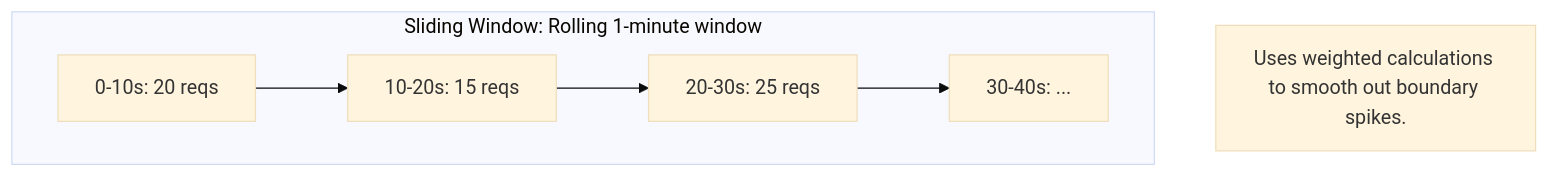
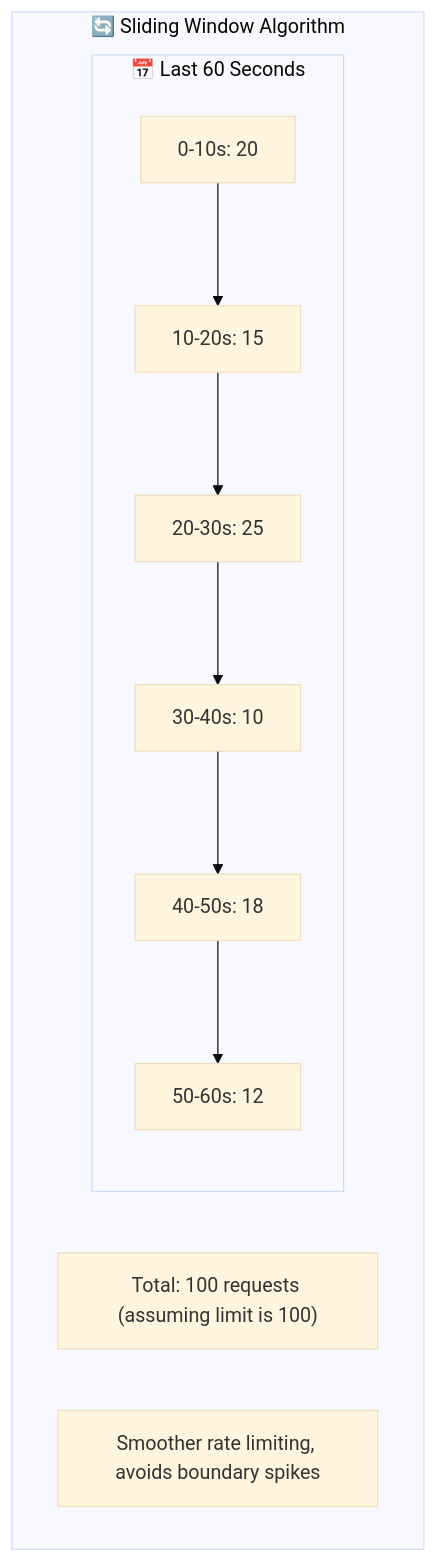
Before and after one commit to zhangshichuan/maxzhang.site: diagram 11 of 14 in articles/en/nodejs-security-guide.mdx, drawn with Mermaid (base theme). The commit also changed other lines of this file and 1 other file, not shown here.

````diff
--- a/articles/en/nodejs-security-guide.mdx
+++ b/articles/en/nodejs-security-guide.mdx
@@ -327,8 +1045,14 @@
 ```mermaid
 flowchart TD
-    subgraph SlidingWindow["Sliding Window: Rolling 1-minute window"]
-        T1["0-10s: 20 reqs"] --> T2["10-20s: 15 reqs"] --> T3["20-30s: 25 reqs"] --> T4["30-40s: ..."]
+    subgraph SlidingWindow["🔄 Sliding Window Algorithm"]
+        subgraph Timeline["📅 Last 60 Seconds"]
+            T1["0-10s: 20"] --> T2["10-20s: 15"]
+            T2 --> T3["20-30s: 25"]
+            T3 --> T4["30-40s: 10"]
+            T4 --> T5["40-50s: 18"]
+            T5 --> T6["50-60s: 12"]
+        end
+        Note["Total: 100 requests (assuming limit is 100)"]
+        Note2["Smoother rate limiting, avoids boundary spikes"]
     end
-
-    Note["Uses weighted calculations to smooth out boundary spikes."]
 ```
````
